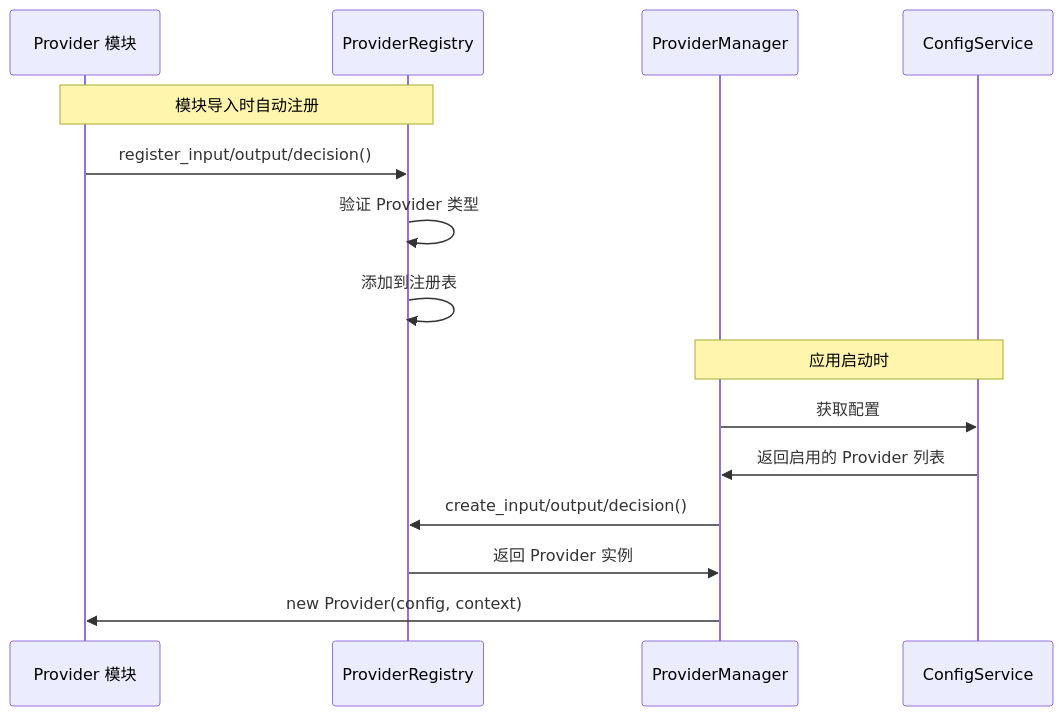
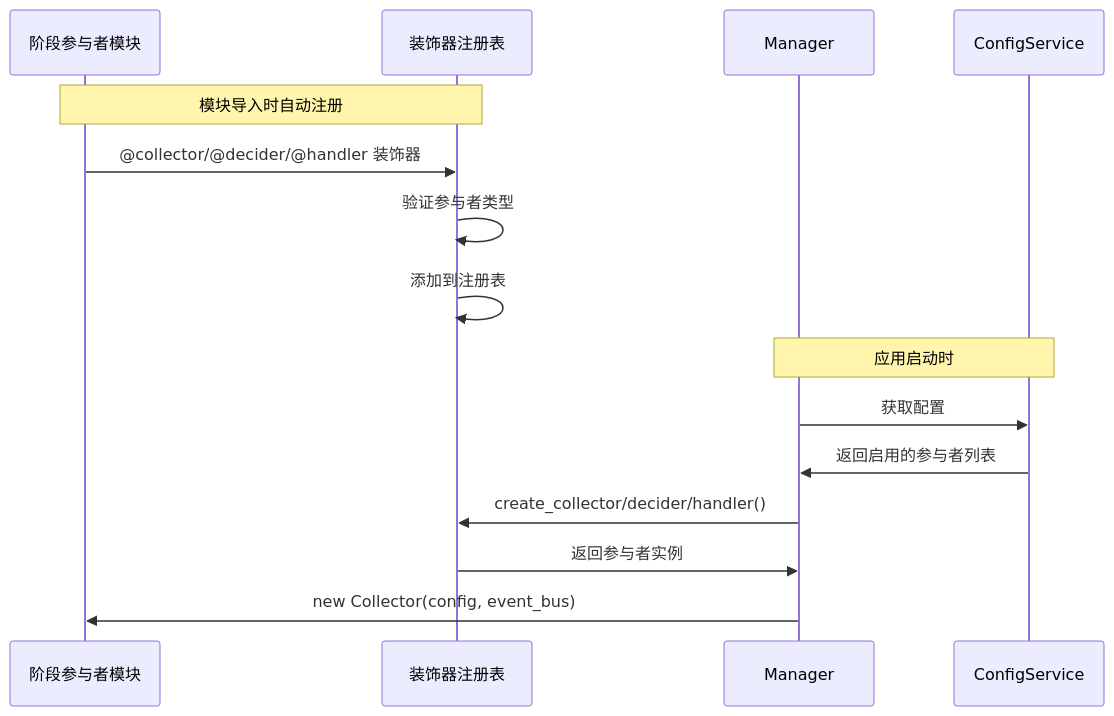
One commit to Mai-with-u/Amaidesu changed the second of 2 diagrams in docs/development/provider-guide.md. Above: the diagram before and after it, drawn with Mermaid. The commit also changed other lines of this file and 169 other files, not shown here.

First line of the commit message:
重构: 移除 Provider 抽象层，改名为 Collector/Decider/Handler

````diff
--- a/docs/development/provider-guide.md
+++ b/docs/development/provider-guide.md
@@ -615,19 +567,19 @@
 ```mermaid
 sequenceDiagram
-    participant P as Provider 模块
-    participant R as ProviderRegistry
-    participant M as ProviderManager
+    participant P as 阶段参与者模块
+    participant R as 装饰器注册表
+    participant M as Manager
     participant C as ConfigService
 
     Note over P,R: 模块导入时自动注册
-    P->>R: register_input/output/decision()
-    R->>R: 验证 Provider 类型
+    P->>R: @collector/@decider/@handler 装饰器
+    R->>R: 验证参与者类型
     R->>R: 添加到注册表
 
     Note over M,C: 应用启动时
     M->>C: 获取配置
-    C->>M: 返回启用的 Provider 列表
-    M->>R: create_input/output/decision()
-    R->>M: 返回 Provider 实例
-    M->>P: new Provider(config, context)
+    C->>M: 返回启用的参与者列表
+    M->>R: create_collector/decider/handler()
+    R->>M: 返回参与者实例
+    M->>P: new Collector(config, event_bus)
 ```
````
